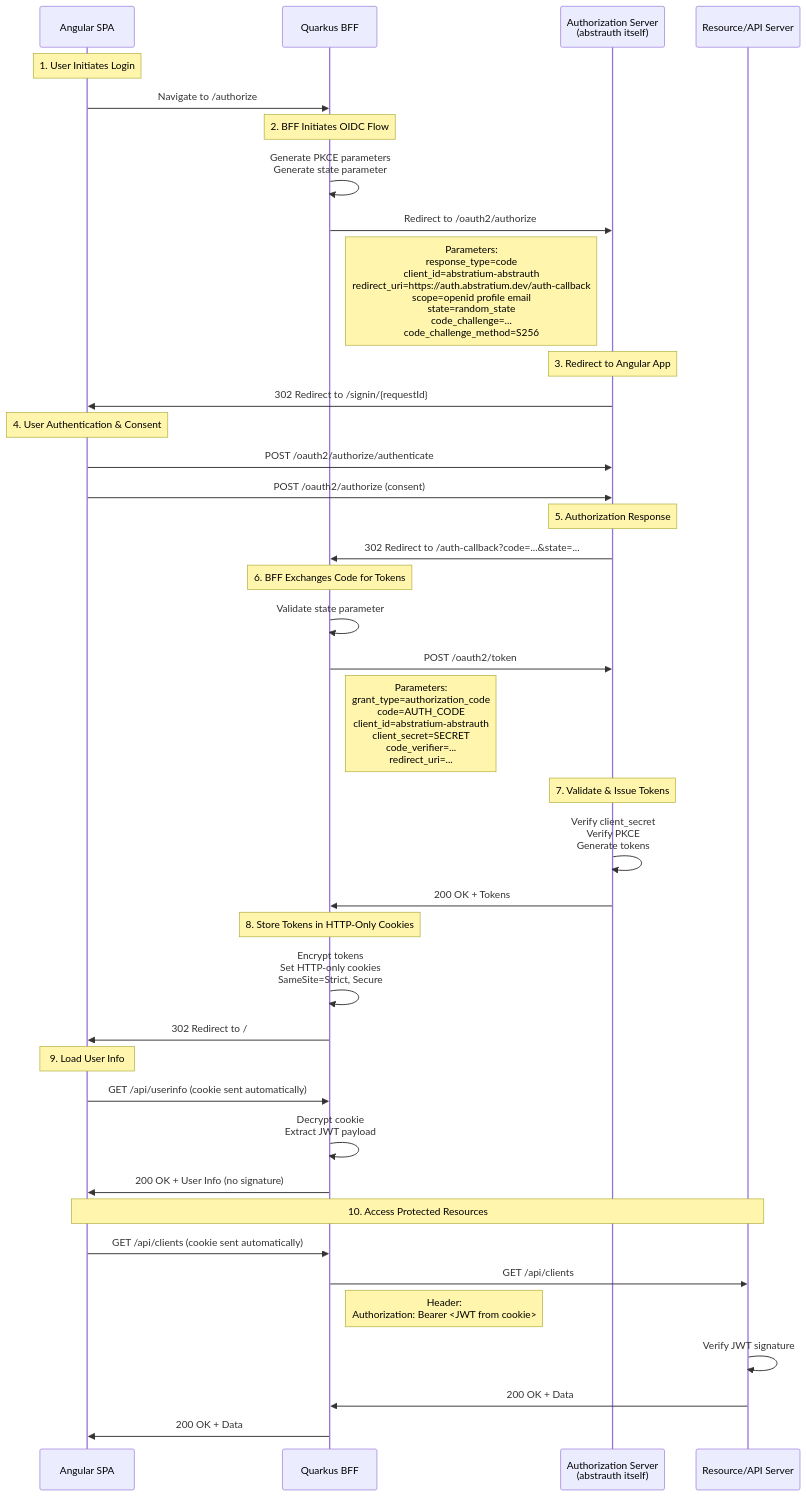
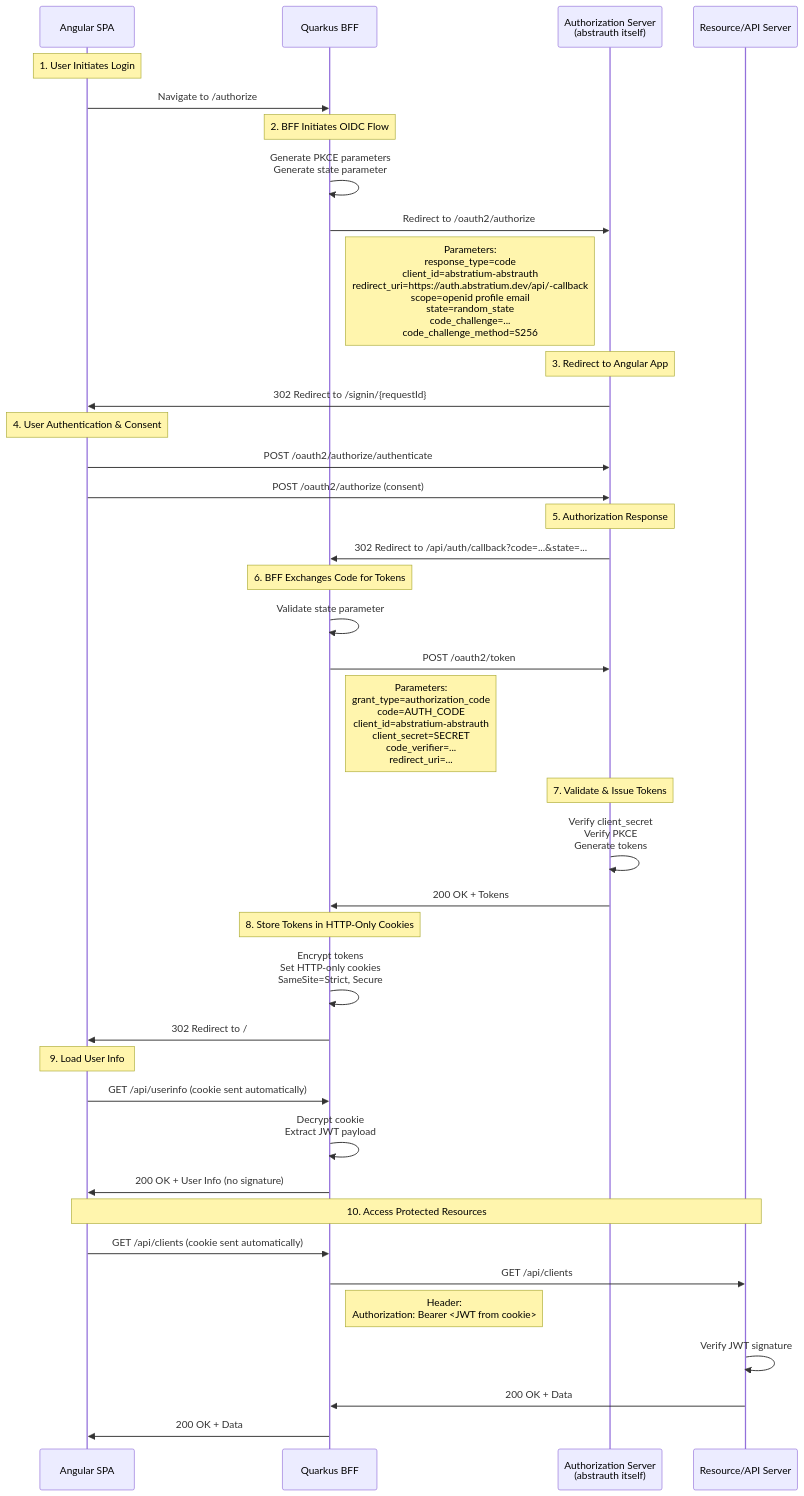
One commit to abstratium-dev/abstrauth changed the first of 4 diagrams in docs/oauth/FLOWS.md. Above: the diagram before and after it, drawn with Mermaid. The commit also changed 6 other files, not shown here.

````diff
--- a/docs/oauth/FLOWS.md
+++ b/docs/oauth/FLOWS.md
@@ -46,51 +46,51 @@
 ```mermaid
 sequenceDiagram
     participant SPA as Angular SPA
     participant BFF as Quarkus BFF
     participant AuthServer as Authorization Server<br/>(abstrauth itself)
     participant ResourceServer as Resource/API Server
 
     Note over SPA: 1. User Initiates Login
     SPA->>BFF: Navigate to /authorize
     
     Note over BFF: 2. BFF Initiates OIDC Flow
     BFF->>BFF: Generate PKCE parameters<br/>Generate state parameter
     BFF->>AuthServer: Redirect to /oauth2/authorize
-    Note right of BFF: Parameters:<br/>response_type=code<br/>client_id=abstratium-abstrauth<br/>redirect_uri=https://auth.abstratium.dev/auth-callback<br/>scope=openid profile email<br/>state=random_state<br/>code_challenge=...<br/>code_challenge_method=S256
+    Note right of BFF: Parameters:<br/>response_type=code<br/>client_id=abstratium-abstrauth<br/>redirect_uri=https://auth.abstratium.dev/api/-callback<br/>scope=openid profile email<br/>state=random_state<br/>code_challenge=...<br/>code_challenge_method=S256
     
     Note over AuthServer: 3. Redirect to Angular App
     AuthServer->>SPA: 302 Redirect to /signin/{requestId}
     
     Note over SPA: 4. User Authentication & Consent
     SPA->>AuthServer: POST /oauth2/authorize/authenticate
     SPA->>AuthServer: POST /oauth2/authorize (consent)
     
     Note over AuthServer: 5. Authorization Response
-    AuthServer->>BFF: 302 Redirect to /auth-callback?code=...&state=...
+    AuthServer->>BFF: 302 Redirect to /api/auth/callback?code=...&state=...
     
     Note over BFF: 6. BFF Exchanges Code for Tokens
     BFF->>BFF: Validate state parameter
     BFF->>AuthServer: POST /oauth2/token
     Note right of BFF: Parameters:<br/>grant_type=authorization_code<br/>code=AUTH_CODE<br/>client_id=abstratium-abstrauth<br/>client_secret=SECRET<br/>code_verifier=...<br/>redirect_uri=...
     
     Note over AuthServer: 7. Validate & Issue Tokens
     AuthServer->>AuthServer: Verify client_secret<br/>Verify PKCE<br/>Generate tokens
     AuthServer->>BFF: 200 OK + Tokens
     
     Note over BFF: 8. Store Tokens in HTTP-Only Cookies
     BFF->>BFF: Encrypt tokens<br/>Set HTTP-only cookies<br/>SameSite=Strict, Secure
     BFF->>SPA: 302 Redirect to /
     
     Note over SPA: 9. Load User Info
     SPA->>BFF: GET /api/userinfo (cookie sent automatically)
     BFF->>BFF: Decrypt cookie<br/>Extract JWT payload
     BFF->>SPA: 200 OK + User Info (no signature)
     
     Note over SPA,ResourceServer: 10. Access Protected Resources
     SPA->>BFF: GET /api/clients (cookie sent automatically)
     BFF->>ResourceServer: GET /api/clients
     Note right of BFF: Header:<br/>Authorization: Bearer <JWT from cookie>
     ResourceServer->>ResourceServer: Verify JWT signature
     ResourceServer->>BFF: 200 OK + Data
     BFF->>SPA: 200 OK + Data
 ```
````
